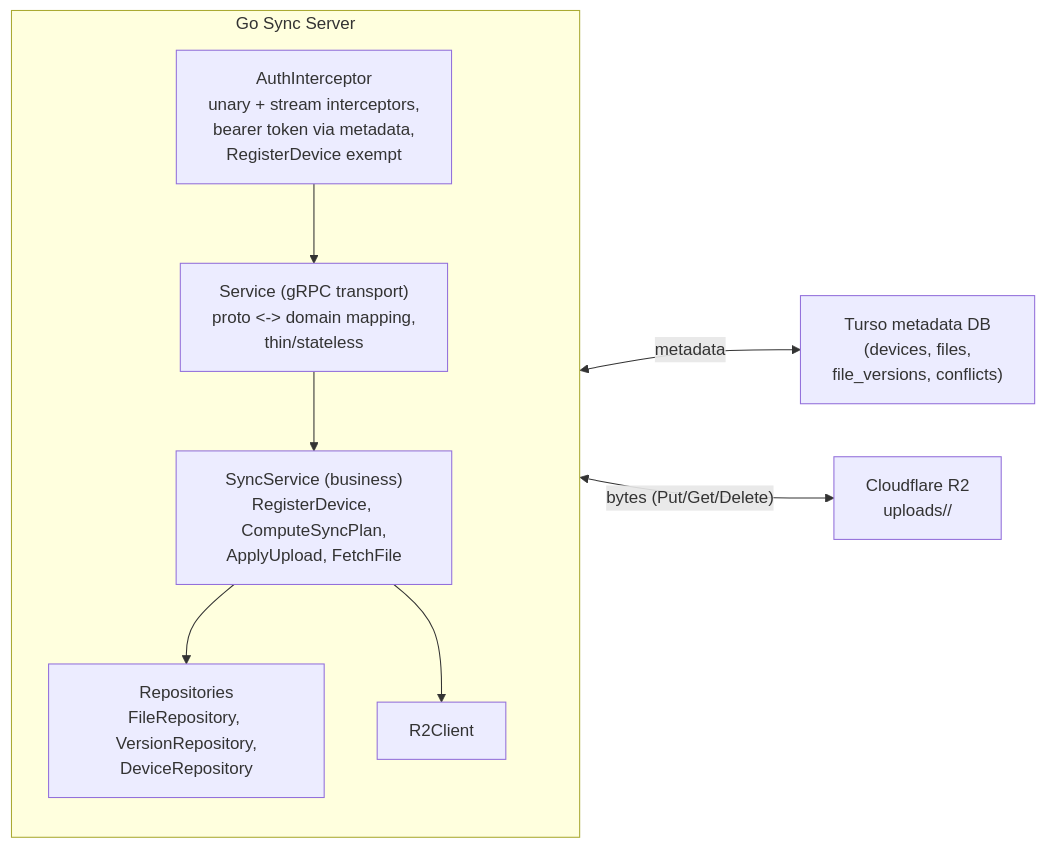
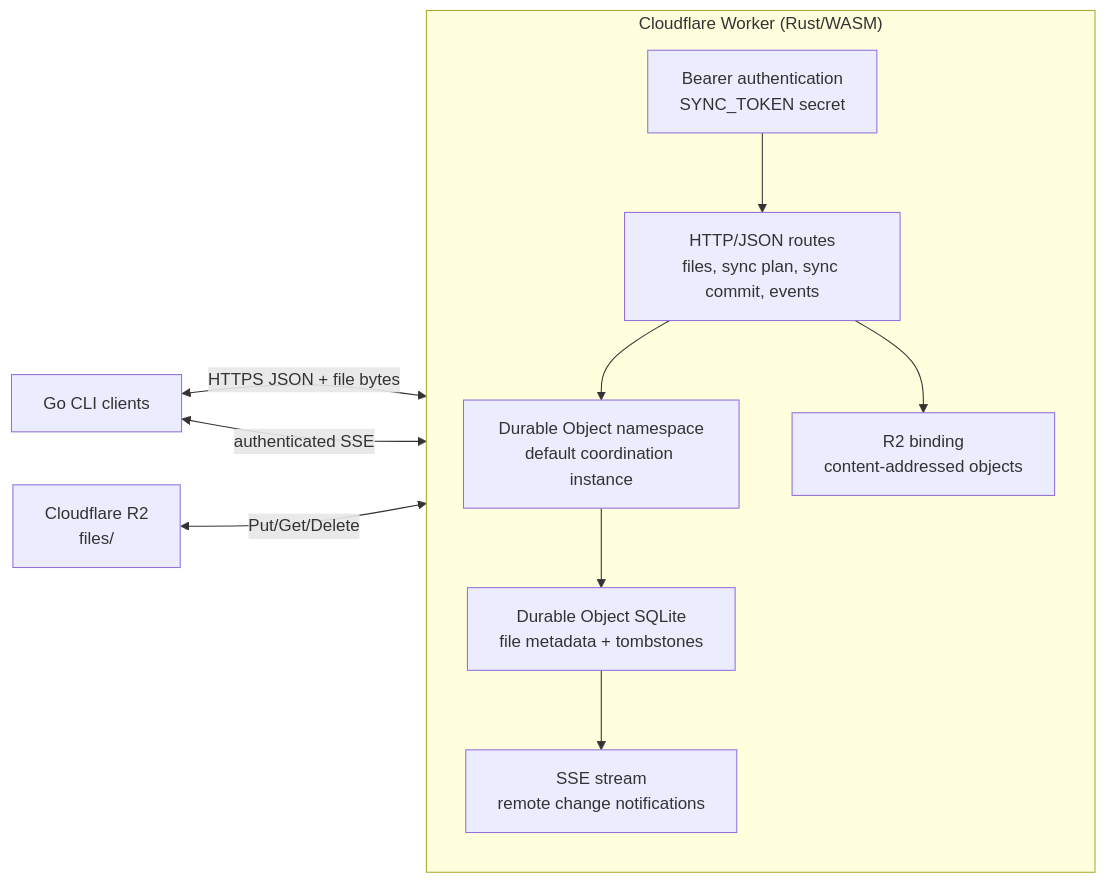
One commit to ShivangNagta/data_sync changed the diagram in docs/architecture/server.mmd. Above: the diagram before and after it, drawn with Mermaid. The commit also changed 7 other files, not shown here.

Commit message:
DOCS: Update current architecture

```diff
--- a/docs/architecture/server.mmd
+++ b/docs/architecture/server.mmd
@@ -1,20 +1,20 @@
 flowchart LR
-    subgraph Server["Go Sync Server"]
+    subgraph Worker["Cloudflare Worker (Rust/WASM)"]
         direction TB
-        Auth["AuthInterceptor<br/>unary + stream interceptors,<br/>bearer token via metadata,<br/>RegisterDevice exempt"]
-        Transport["Service (gRPC transport)<br/>proto <-> domain mapping,<br/>thin/stateless"]
-        App["SyncService (business)<br/>RegisterDevice, ComputeSyncPlan,<br/>ApplyUpload, FetchFile"]
-        Repos["Repositories<br/>FileRepository, VersionRepository,<br/>DeviceRepository"]
-        R2Client["R2Client"]
+        Auth["Bearer authentication<br/>SYNC_TOKEN secret"]
+        API["HTTP/JSON routes<br/>files, sync plan, sync commit, events"]
+        Namespace["Durable Object namespace<br/>default coordination instance"]
+        SQLite["Durable Object SQLite<br/>file metadata + tombstones"]
+        R2Client["R2 binding<br/>content-addressed objects"]
+        SSE["SSE stream<br/>remote change notifications"]
 
-        Auth --> Transport
-        Transport --> App
-        App --> Repos
-        App --> R2Client
+        Auth --> API
+        API --> Namespace
+        Namespace --> SQLite
+        API --> R2Client
+        SQLite --> SSE
     end
 
-    Turso["Turso metadata DB<br/>(devices, files,<br/>file_versions, conflicts)"]
-    R2["Cloudflare R2<br/>uploads/<file_id>/<version_id>"]
-
-    Repos <-->|"metadata"| Turso
-    R2Client <-->|"bytes (Put/Get/Delete)"| R2
+    Client["Go CLI clients"] <-->|"HTTPS JSON + file bytes"| Auth
+    Client <-->|"authenticated SSE"| SSE
+    R2["Cloudflare R2<br/>files/<sha256>"] <-->|"Put/Get/Delete"| R2Client
```
